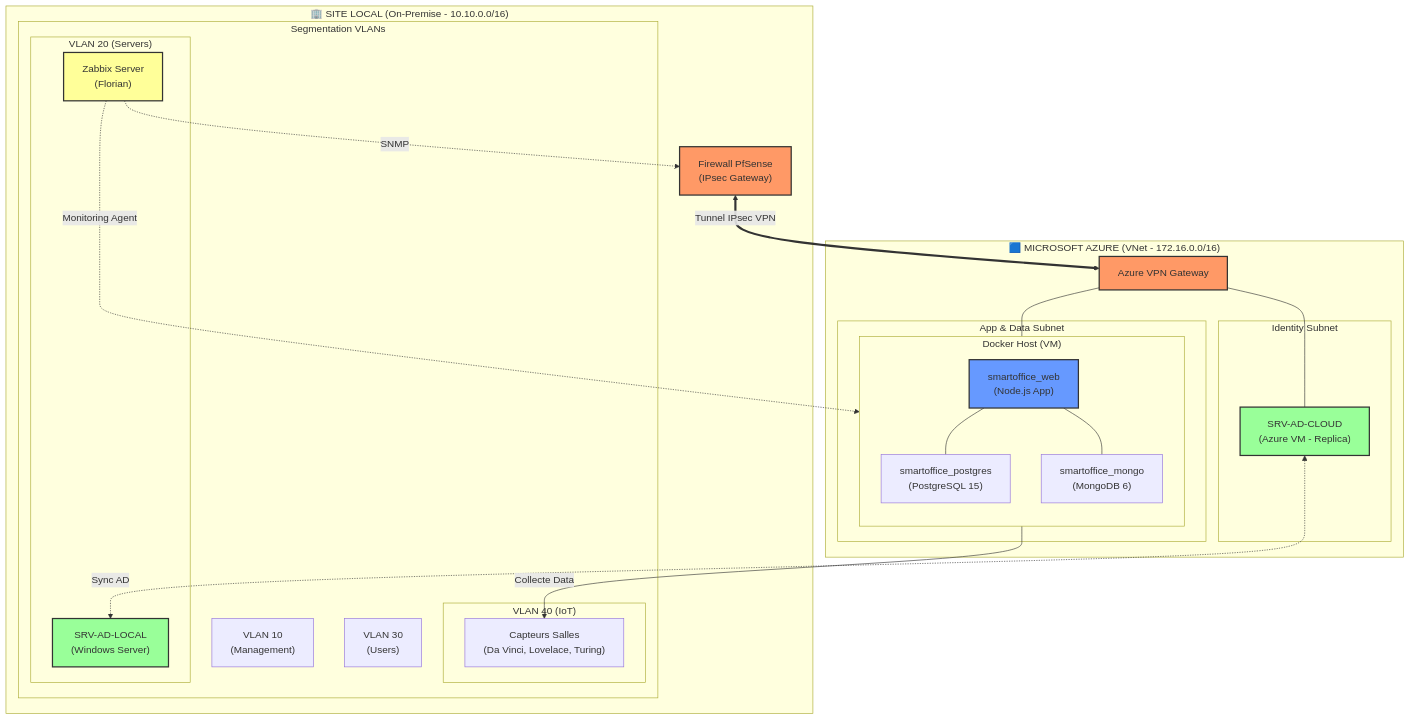
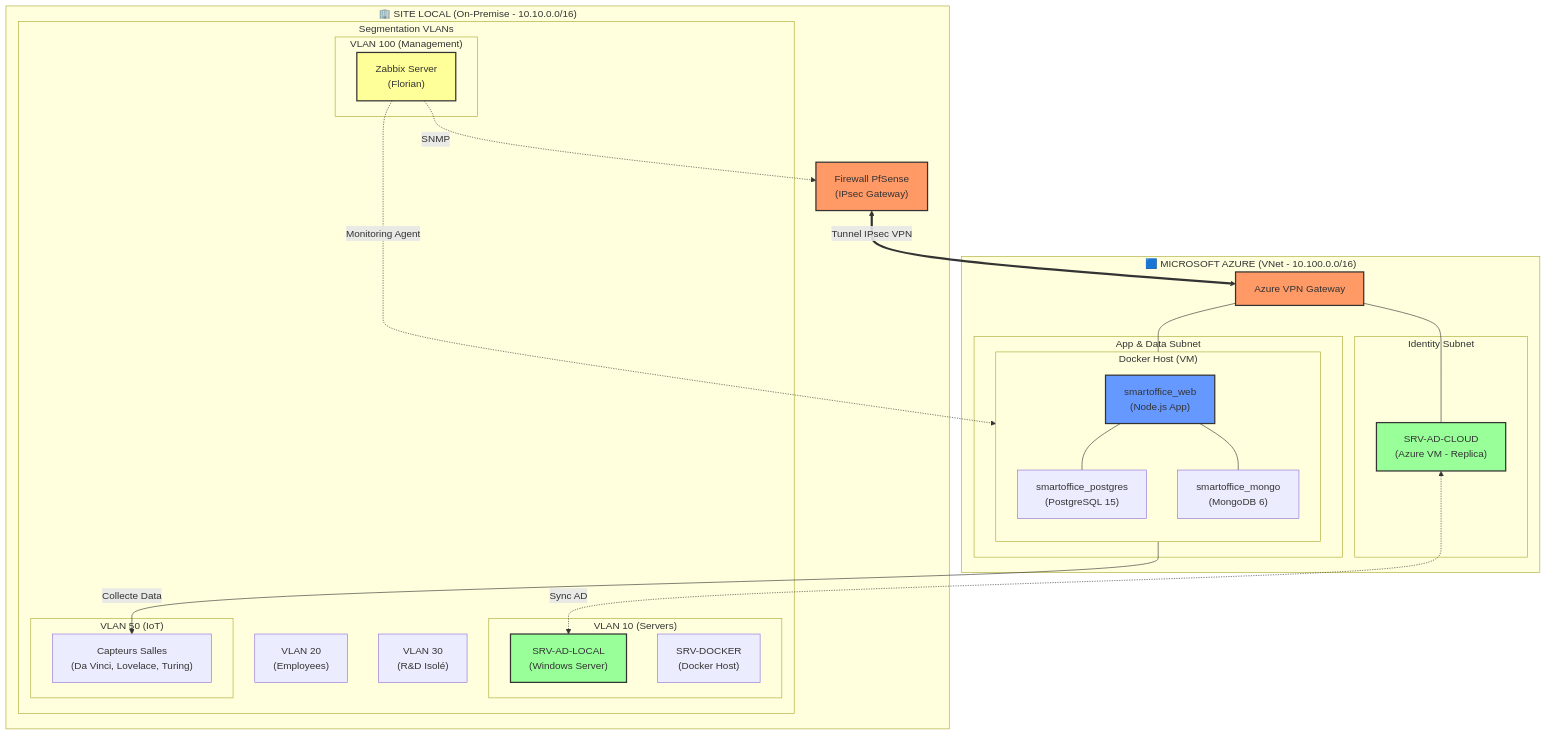
One commit to supermedmed-hash/B3_MFA_ILYES_OCEANE changed the diagram in docs/schemas/architecture_mermaid_detaillee.md. Above: the diagram before and after it, drawn with Mermaid. The commit also changed 19 other files, not shown here.

````diff
--- a/docs/schemas/architecture_mermaid_detaillee.md
+++ b/docs/schemas/architecture_mermaid_detaillee.md
@@ -7,60 +7,63 @@
 ```mermaid
 graph TB
-    subgraph "🟦 MICROSOFT AZURE (VNet - 172.16.0.0/16)"
+    subgraph "🟦 MICROSOFT AZURE (VNet - 10.100.0.0/16)"
         subgraph "Identity Subnet"
             DC_AZ["SRV-AD-CLOUD\n(Azure VM - Replica)"]
         end
 
         subgraph "App & Data Subnet"
             subgraph "Docker Host (VM)"
                 direction TB
                 WEB["smartoffice_web\n(Node.js App)"]
                 PG["smartoffice_postgres\n(PostgreSQL 15)"]
                 MG["smartoffice_mongo\n(MongoDB 6)"]
                 
                 WEB --- PG
                 WEB --- MG
             end
         end
         
         VGW["Azure VPN Gateway"]
     end
 
     subgraph "🏢 SITE LOCAL (On-Premise - 10.10.0.0/16)"
         PFS["Firewall PfSense\n(IPsec Gateway)"]
         
         subgraph "Segmentation VLANs"
-            V10["VLAN 10\n(Management)"]
-            
-            subgraph "VLAN 20 (Servers)"
+            subgraph "VLAN 10 (Servers)"
                 DC_LOC["SRV-AD-LOCAL\n(Windows Server)"]
-                ZBX["Zabbix Server\n(Florian)"]
+                DKR["SRV-DOCKER\n(Docker Host)"]
             end
             
-            V30["VLAN 30\n(Users)"]
+            V20["VLAN 20\n(Employees)"]
+            V30["VLAN 30\n(R&D Isolé)"]
             
-            subgraph "VLAN 40 (IoT)"
+            subgraph "VLAN 50 (IoT)"
                 IOT["Capteurs Salles\n(Da Vinci, Lovelace, Turing)"]
+            end
+            
+            subgraph "VLAN 100 (Management)"
+                ZBX["Zabbix Server\n(Florian)"]
             end
         end
     end
 
     %% Connexions Hybrides
     PFS <== "Tunnel IPsec VPN" ==> VGW
     VGW --- DC_AZ
     VGW --- WEB
 
     %% Flux Applicatifs & Monitoring
     DC_AZ <-. "Sync AD" .-> DC_LOC
     ZBX -. "Monitoring Agent" .-> WEB
     ZBX -. "SNMP" .-> PFS
     WEB -- "Collecte Data" --> IOT
 
     %% Styling
     style PFS fill:#f96,stroke:#333,stroke-width:2px
     style VGW fill:#f96,stroke:#333,stroke-width:2px
     style WEB fill:#69f,stroke:#333,stroke-width:2px
     style DC_AZ fill:#9f9,stroke:#333,stroke-width:2px
     style DC_LOC fill:#9f9,stroke:#333,stroke-width:2px
     style ZBX fill:#ff9,stroke:#333,stroke-width:2px
 ```
````
